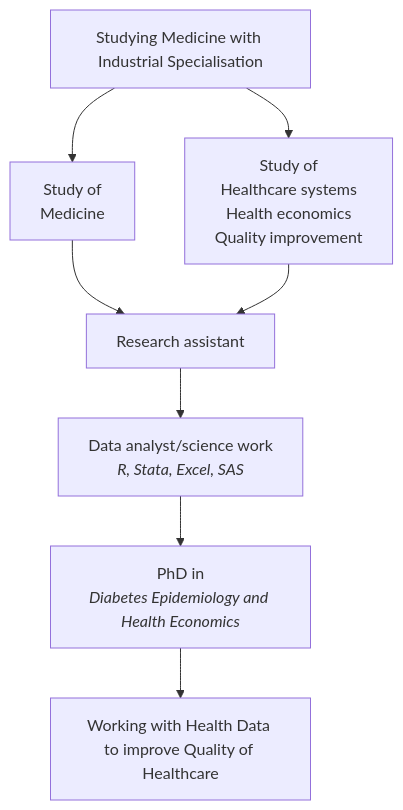
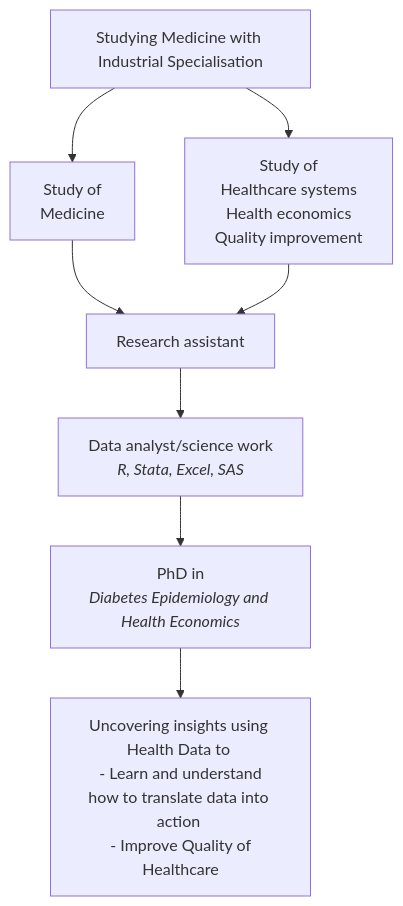
The diagram in index.qmd (Henkevitus/publicdataprojects), drawn with Mermaid before and after one commit. The commit also changed other lines of this file and 15 other files, not shown here.

````diff
--- a/index.qmd
+++ b/index.qmd
@@ -14,23 +13,23 @@
 ```{mermaid}
 %%| fig-label: YAY
 flowchart TB
   A[Studying Medicine with Industrial Specialisation]
   A2[Study of <br/>Medicine]
   A3[Study of <br/>Healthcare systems <br/> Health economics <br/>Quality improvement]
   %%B[Volunteer work]
   C[Research assistant]
   D[Data analyst/science work<br/><i/>R, Stata, Excel, SAS<b>]
   E[PhD in<br/><i/>Diabetes Epidemiology and Health Economics<b>]
-  F[Working with Health Data <br/>to improve Quality of Healthcare]
+  F[Uncovering insights using Health Data to <br/> - Learn and understand how to translate data into action <br/> - Improve Quality of Healthcare ]
 
   A --> A2
   A --> A3
   A2 --> C
   A3 --> C
   C --> D
   D --> E
 
   E --> F
   %%B --> F
 
 ```
````
